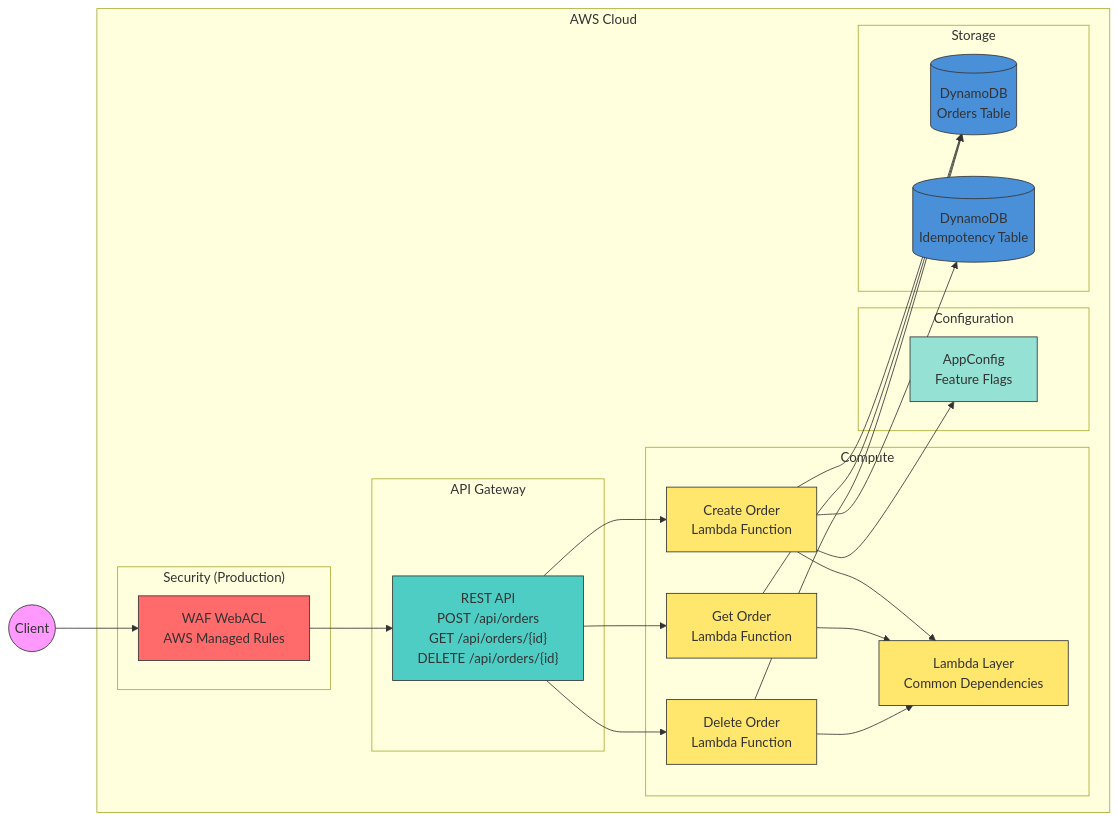
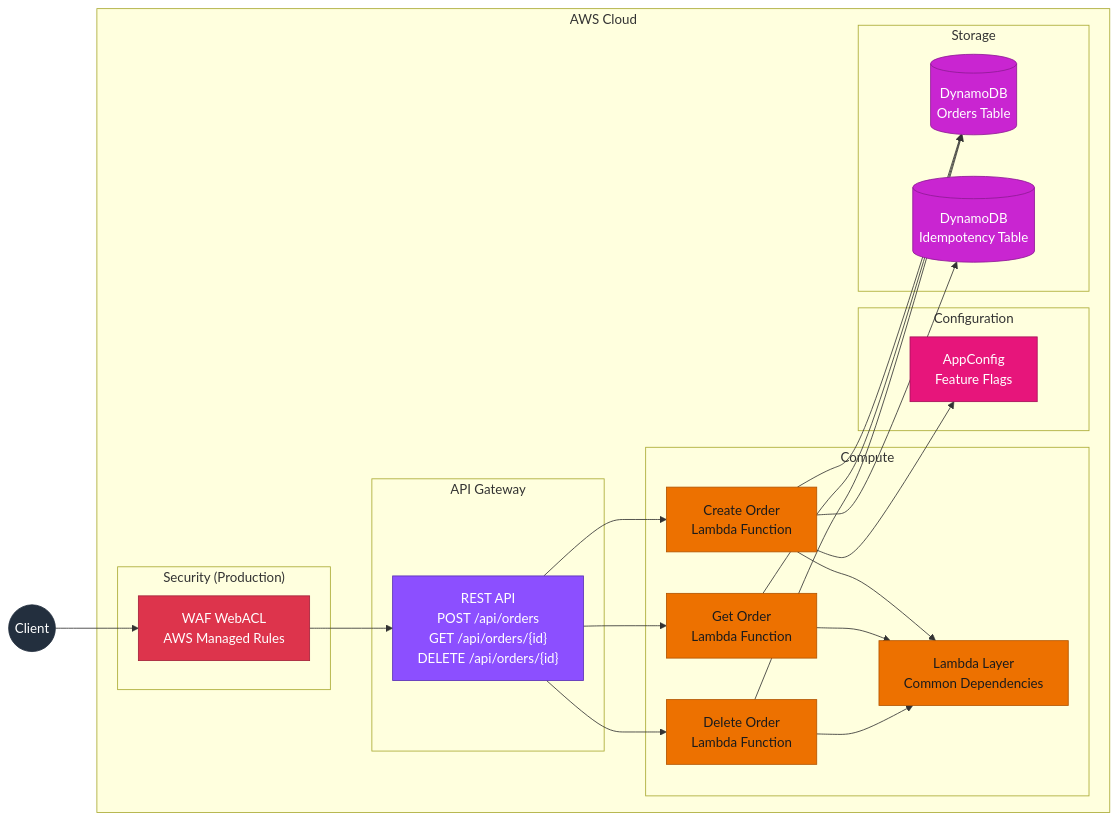
One commit to ran-isenberg/aws-lambda-handler-cookbook changed the diagram in docs/best_practices/monitoring.md. Above: the diagram before and after it, drawn with Mermaid. The commit also changed 66 other files, not shown here.

````diff
--- a/docs/best_practices/monitoring.md
+++ b/docs/best_practices/monitoring.md
@@ -16,53 +16,55 @@
 ```mermaid
 flowchart LR
     subgraph AWS["AWS Cloud"]
         subgraph APIGW["API Gateway"]
             REST["REST API<br/>POST /api/orders<br/>GET /api/orders/{id}<br/>DELETE /api/orders/{id}"]
         end
 
         subgraph Security["Security (Production)"]
             WAF["WAF WebACL<br/>AWS Managed Rules"]
         end
 
         subgraph Compute["Compute"]
             CREATE["Create Order<br/>Lambda Function"]
             GET["Get Order<br/>Lambda Function"]
             DELETE["Delete Order<br/>Lambda Function"]
             LAYER["Lambda Layer<br/>Common Dependencies"]
         end
 
         subgraph Config["Configuration"]
             APPCONFIG["AppConfig<br/>Feature Flags"]
         end
 
         subgraph Storage["Storage"]
             DDB[("DynamoDB<br/>Orders Table")]
             IDEMPOTENCY[("DynamoDB<br/>Idempotency Table")]
         end
     end
 
     CLIENT((Client)) --> WAF
     WAF --> REST
     REST --> CREATE
     REST --> GET
     REST --> DELETE
     CREATE --> LAYER
     GET --> LAYER
     DELETE --> LAYER
     CREATE --> APPCONFIG
     CREATE --> DDB
     CREATE --> IDEMPOTENCY
     GET --> DDB
     DELETE --> DDB
 
-    style CLIENT fill:#f9f,stroke:#333
-    style WAF fill:#ff6b6b,stroke:#333
-    style REST fill:#4ecdc4,stroke:#333
-    style CREATE fill:#ffe66d,stroke:#333
-    style GET fill:#ffe66d,stroke:#333
-    style DELETE fill:#ffe66d,stroke:#333
-    style LAYER fill:#ffe66d,stroke:#333
-    style APPCONFIG fill:#95e1d3,stroke:#333
-    style DDB fill:#4a90d9,stroke:#333
-    style IDEMPOTENCY fill:#4a90d9,stroke:#333
+    classDef client fill:#232F3E,stroke:#232F3E,color:#fff
+    classDef network fill:#8C4FFF,stroke:#5A30B5,color:#fff
+    classDef security fill:#DD344C,stroke:#A3233A,color:#fff
+    classDef compute fill:#ED7100,stroke:#B35500,color:#1b1b1b
+    classDef database fill:#C925D1,stroke:#8F1A95,color:#fff
+    classDef management fill:#E7157B,stroke:#A50F58,color:#fff
+    class CLIENT client
+    class WAF security
+    class REST network
+    class CREATE,GET,DELETE,LAYER compute
+    class DDB,IDEMPOTENCY database
+    class APPCONFIG management
 ```
````
